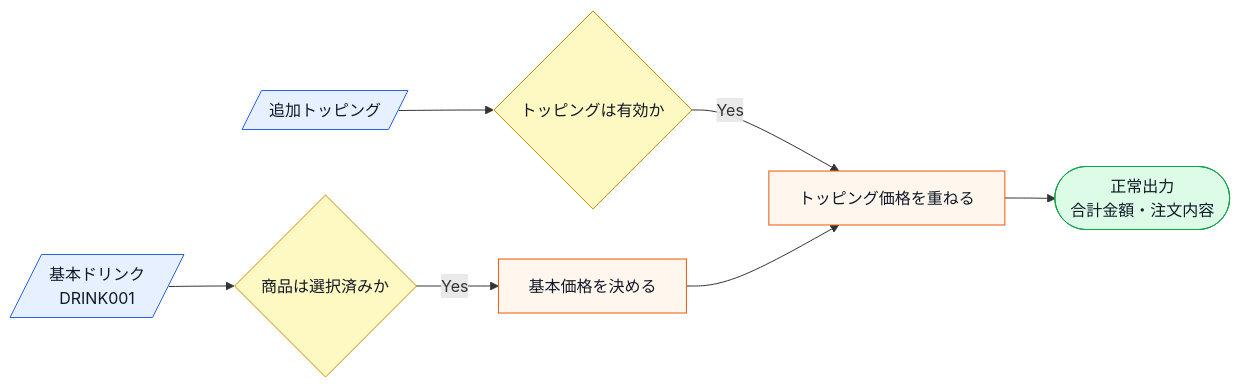
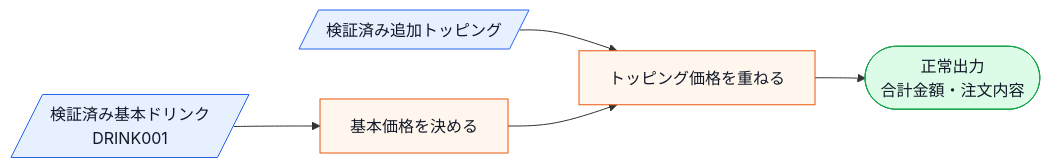
The second of 12 diagrams in kindle/design-patterns/output/chapter06.md (kumachan1101-pixel/DesignPattern), drawn with Mermaid before and after one commit. The commit also changed other lines of this file and 20 other files, not shown here.

````diff
--- a/kindle/design-patterns/output/chapter06.md
+++ b/kindle/design-patterns/output/chapter06.md
@@ -68,14 +68,12 @@
 ```mermaid
 flowchart LR
-    A[/基本ドリンク<br>DRINK001/]:::input --> B{商品は選択済みか}:::decision
-    C[/追加トッピング/]:::input --> D{トッピングは有効か}:::decision
-    B -->|Yes| E[基本価格を決める]:::process
-    D -->|Yes| F[トッピング価格を重ねる]:::process
+    A[/検証済み基本ドリンク<br>DRINK001/]:::input --> E[基本価格を決める]:::process
+    C[/検証済み追加トッピング/]:::input --> F[トッピング価格を重ねる]:::process
     E --> F
     F --> G([正常出力<br>合計金額・注文内容]):::normal
 
     classDef input fill:#e7f0ff,stroke:#2563eb,color:#111827;
     classDef process fill:#fff7ed,stroke:#ea580c,color:#111827;
     classDef decision fill:#fef9c3,stroke:#ca8a04,color:#111827;
     classDef normal fill:#dcfce7,stroke:#16a34a,color:#111827;
 ```
````
